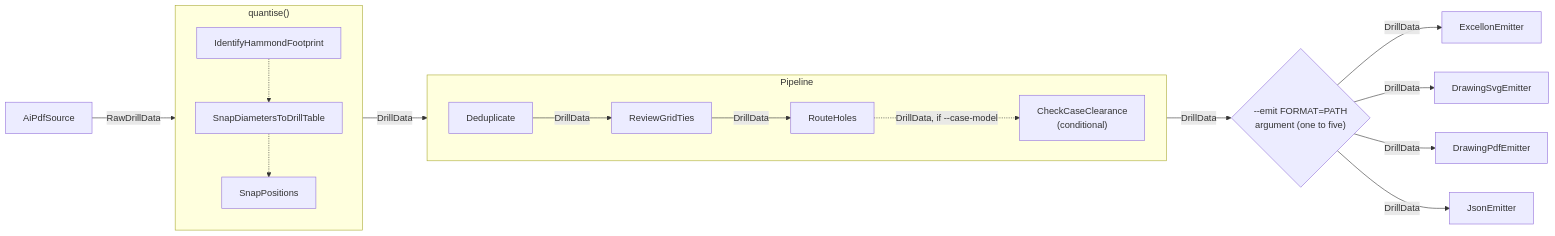
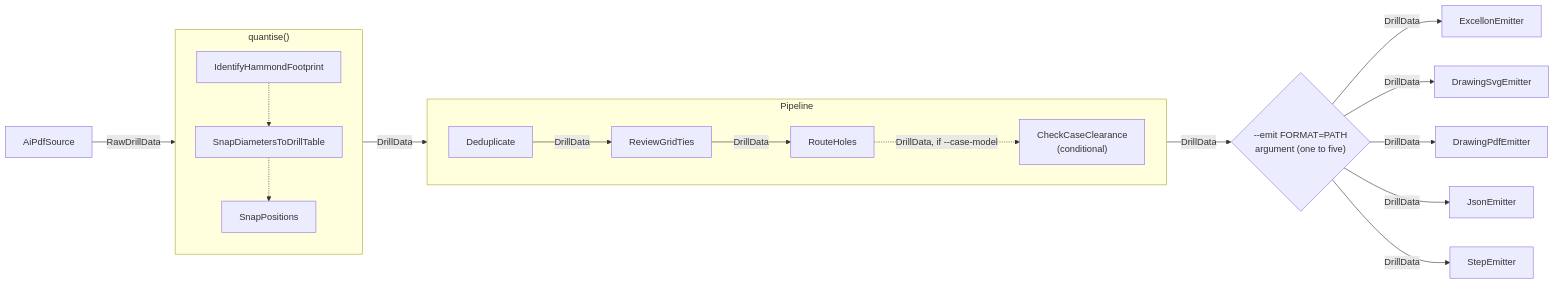
The diagram in docs/adr/0001-pipeline-and-emitter-adapters.md (sheophe/stompcad), drawn with Mermaid before and after one commit. The commit also changed other lines of this file and 1 other file, not shown here.

Commit message:
Finish the corrections ADR-0001's count implied
Saying an invocation selects one to five emitters while the diagram drew four
left the figure contradicting its own label. StepEmitter registers
unconditionally -- the kernel is imported inside its methods, so the registry
stays free of it -- so it is a fifth box like any other, not a conditional one.

The rationale still counted three pipeline stages one paragraph below a diagram
that now draws four. The number is dropped rather than corrected: it was never
load-bearing, and a count in prose beside a diagram is a second place for the
same fact to go stale.

CLAUDE.md's list of what defines the accepted architecture stopped at ADR-0009
while ADR-0010 was accepted and on disk. A list that omits an authority is the
same defect as an authority that has gone stale.

````diff
--- a/docs/adr/0001-pipeline-and-emitter-adapters.md
+++ b/docs/adr/0001-pipeline-and-emitter-adapters.md
@@ -42,38 +42,40 @@
 ```mermaid
 flowchart LR
     source["AiPdfSource"]
 
     subgraph quantise["quantise()"]
         direction TB
         footprint["IdentifyHammondFootprint"]
         snap_drill["SnapDiametersToDrillTable"]
         snap_position["SnapPositions"]
         footprint -.-> snap_drill
         snap_drill -.-> snap_position
     end
 
     subgraph pipeline["Pipeline"]
         direction LR
         dedupe["Deduplicate"]
         ties["ReviewGridTies"]
         route["RouteHoles"]
         clearance["CheckCaseClearance<br/>(conditional)"]
         dedupe -->|DrillData| ties
         ties -->|DrillData| route
         route -.->|DrillData, if --case-model| clearance
     end
 
     excellon["ExcellonEmitter"]
     drawing["DrawingSvgEmitter"]
     drawing_pdf["DrawingPdfEmitter"]
     json["JsonEmitter"]
+    step["StepEmitter"]
     selected{"--emit FORMAT=PATH<br/>argument (one to five)"}
 
     source -->|RawDrillData| quantise
     quantise -->|DrillData| dedupe
     route -->|DrillData| selected
     selected -->|DrillData| excellon
     selected -->|DrillData| drawing
     selected -->|DrillData| drawing_pdf
     selected -->|DrillData| json
+    selected -->|DrillData| step
 ```
````
